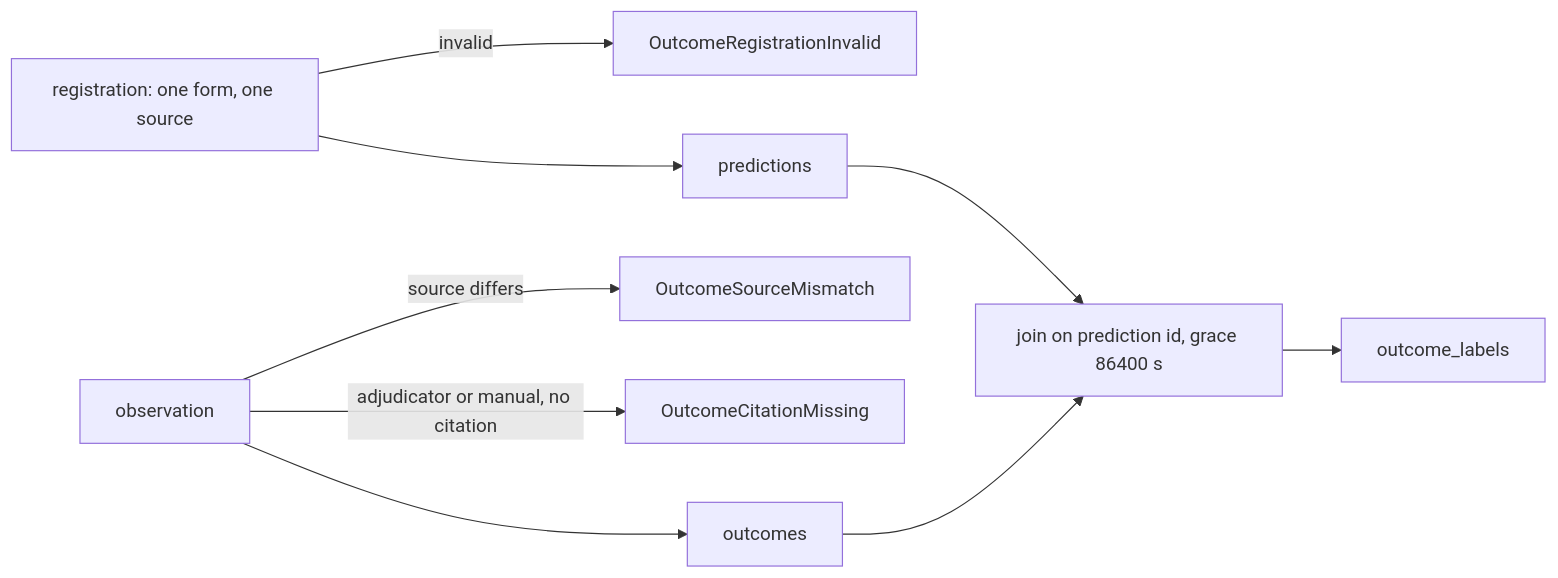
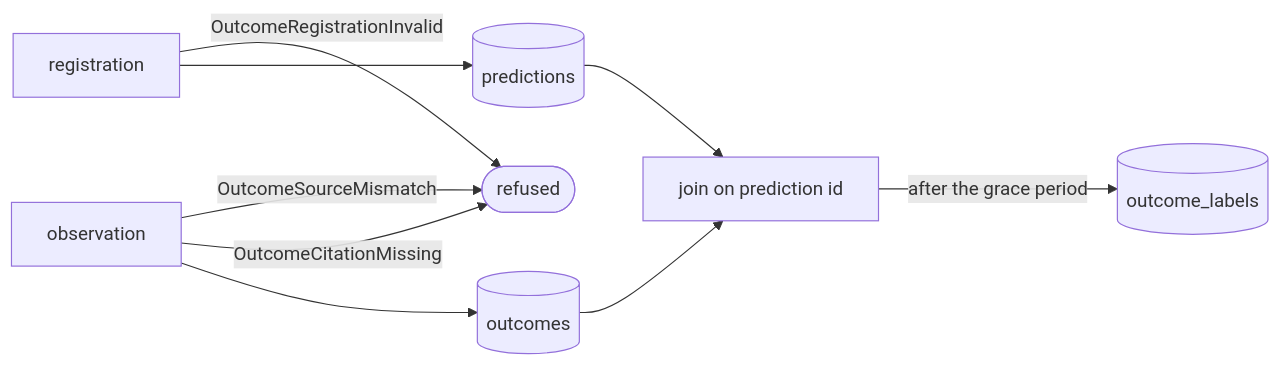
The fourth of 4 diagrams in spec/21-memory.md (fractalboxdev/contextful), drawn with Mermaid before and after one commit. The commit also changed other lines of this file and 24 other files, not shown here.

First line of the commit message:
spec: every flowchart draws one entity or process per node

````diff
--- a/spec/21-memory.md
+++ b/spec/21-memory.md
@@ -170,11 +165,11 @@
 ```mermaid
 flowchart LR
-  REG["registration: one form, one source"] -- "invalid" --> E1["OutcomeRegistrationInvalid"]
-  REG --> P["predictions"]
-  OBS["observation"] -- "source differs" --> E2["OutcomeSourceMismatch"]
-  OBS -- "adjudicator or manual, no citation" --> E3["OutcomeCitationMissing"]
-  OBS --> O["outcomes"]
-  P --> J["join on prediction id, grace 86400 s"]
+  REG["registration"] -- "OutcomeRegistrationInvalid" --> NO(["refused"])
+  REG --> P[("predictions")]
+  OBS["observation"] -- "OutcomeSourceMismatch" --> NO
+  OBS -- "OutcomeCitationMissing" --> NO
+  OBS --> O[("outcomes")]
+  P --> J["join on prediction id"]
   O --> J
-  J --> L["outcome_labels"]
+  J -- "after the grace period" --> L[("outcome_labels")]
 ```
````
